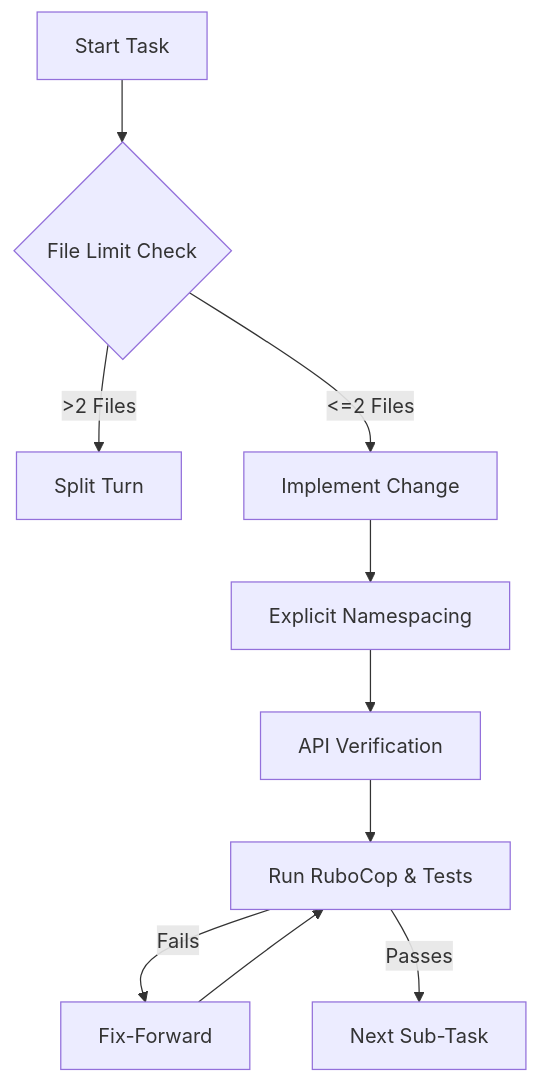
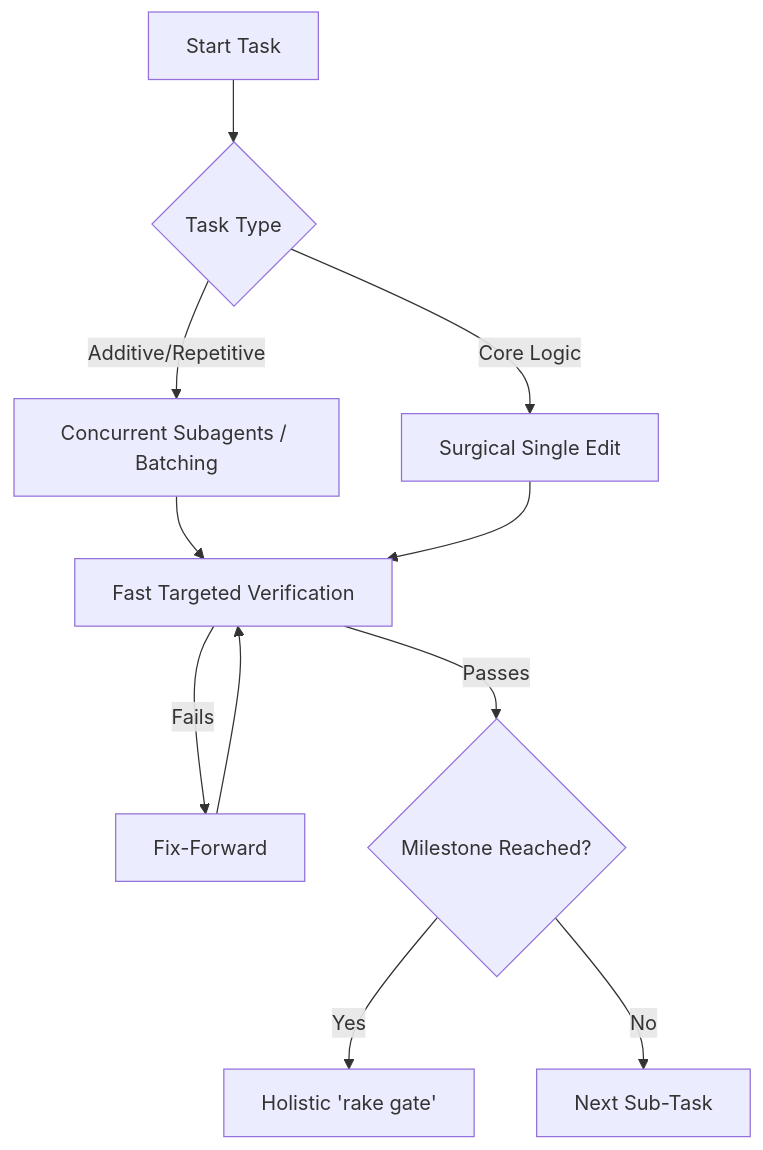
Before and after one commit to mightyco/dnd5e: the diagram in docs/openspec/specs/integrity-governance/design.md, drawn with Mermaid. The commit also changed other lines of this file and 113 other files, not shown here.

````diff
--- a/docs/openspec/specs/integrity-governance/design.md
+++ b/docs/openspec/specs/integrity-governance/design.md
@@ -34,12 +34,13 @@
 ```mermaid
 graph TD
-    A[Start Task] --> B{File Limit Check}
-    B -- >2 Files --> C[Split Turn]
-    B -- <=2 Files --> D[Implement Change]
-    D --> E[Explicit Namespacing]
-    E --> F[API Verification]
-    F --> G[Run RuboCop & Tests]
-    G -- Fails --> H[Fix-Forward]
-    G -- Passes --> I[Next Sub-Task]
-    H --> G
+    A[Start Task] --> B{Task Type}
+    B -- Additive/Repetitive --> C[Concurrent Subagents / Batching]
+    B -- Core Logic --> D[Surgical Single Edit]
+    C --> E[Fast Targeted Verification]
+    D --> E
+    E -- Fails --> F[Fix-Forward]
+    E -- Passes --> G{Milestone Reached?}
+    F --> E
+    G -- Yes --> H[Holistic 'rake gate']
+    G -- No --> I[Next Sub-Task]
 ```
````
